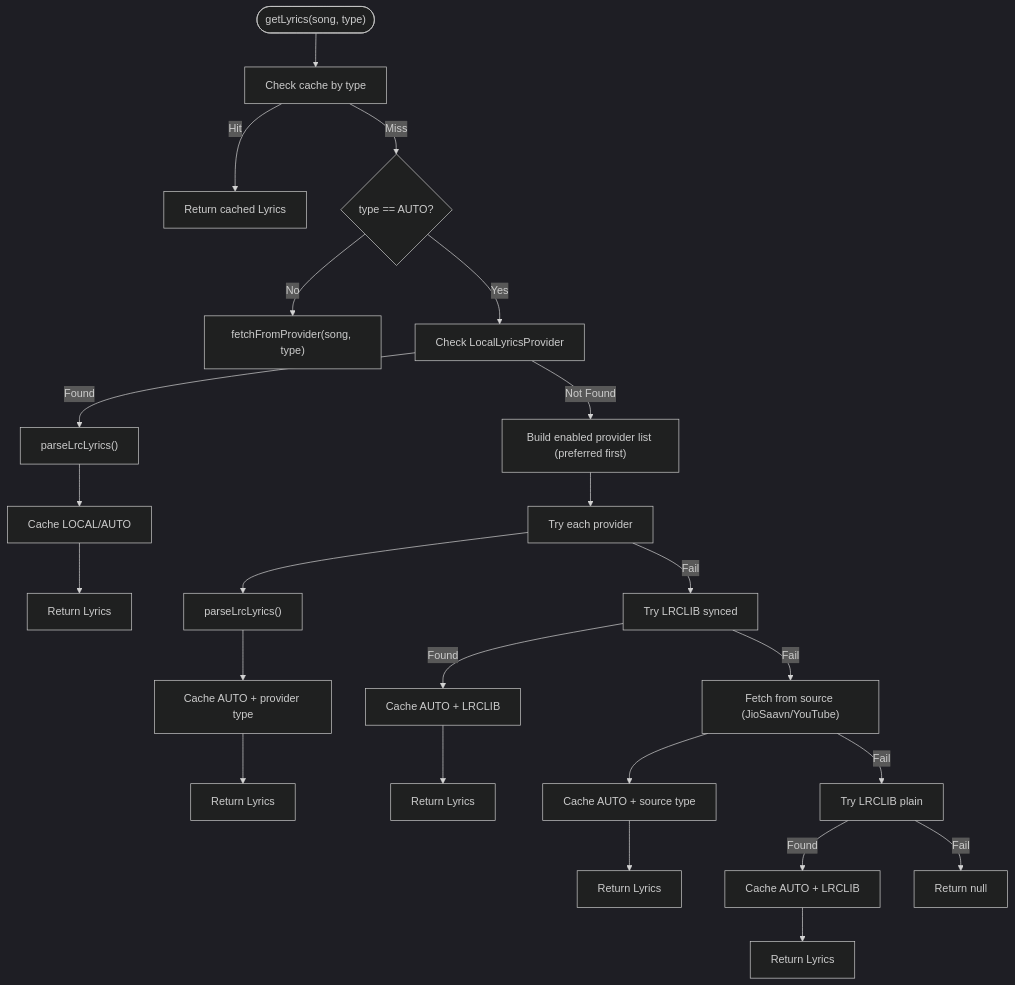
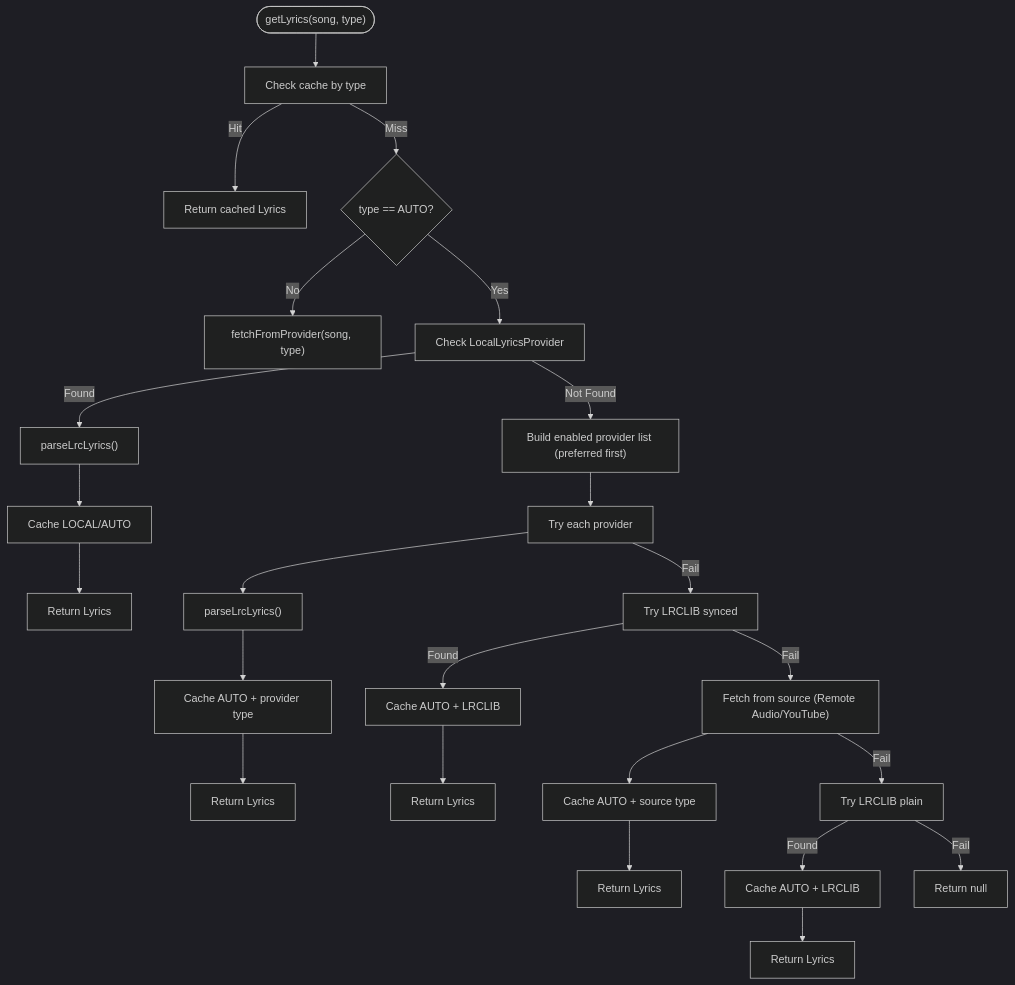
The third of 8 diagrams in docs/Lyrics System/Lyrics System.md (suvojeet-sengupta/SuvMusic), drawn with Mermaid (dark theme) before and after one commit. The commit also changed other lines of this file and 32 other files, not shown here.

````diff
--- a/docs/Lyrics System/Lyrics System.md
+++ b/docs/Lyrics System/Lyrics System.md
@@ -181,26 +181,26 @@
 ```mermaid
 flowchart TD
 Start(["getLyrics(song, type)"]) --> CheckCache["Check cache by type"]
 CheckCache --> |Hit| ReturnCache["Return cached Lyrics"]
 CheckCache --> |Miss| TypeCheck{"type == AUTO?"}
 TypeCheck --> |No| FetchSpecific["fetchFromProvider(song, type)"]
 TypeCheck --> |Yes| LocalCheck["Check LocalLyricsProvider"]
 LocalCheck --> |Found| ParseLocal["parseLrcLyrics()"]
 ParseLocal --> CacheLocal["Cache LOCAL/AUTO"]
 CacheLocal --> ReturnLocal["Return Lyrics"]
 LocalCheck --> |Not Found| EnabledList["Build enabled provider list (preferred first)"]
 EnabledList --> TryProviders["Try each provider"]
 TryProviders --> ParseExternal["parseLrcLyrics()"]
 ParseExternal --> CacheExt["Cache AUTO + provider type"]
 CacheExt --> ReturnExt["Return Lyrics"]
 TryProviders --> |Fail| LRCLIBSync["Try LRCLIB synced"]
 LRCLIBSync --> |Found| CacheLRCLIB["Cache AUTO + LRCLIB"]
 CacheLRCLIB --> ReturnLRCLIB["Return Lyrics"]
-LRCLIBSync --> |Fail| Source["Fetch from source (JioSaavn/YouTube)"]
+LRCLIBSync --> |Fail| Source["Fetch from source (Remote Audio/YouTube)"]
 Source --> CacheSource["Cache AUTO + source type"]
 CacheSource --> ReturnSource["Return Lyrics"]
 Source --> |Fail| LRCLIBPlain["Try LRCLIB plain"]
 LRCLIBPlain --> |Found| CachePlain["Cache AUTO + LRCLIB"]
 CachePlain --> ReturnPlain["Return Lyrics"]
 LRCLIBPlain --> |Fail| Null["Return null"]
 ```
````
